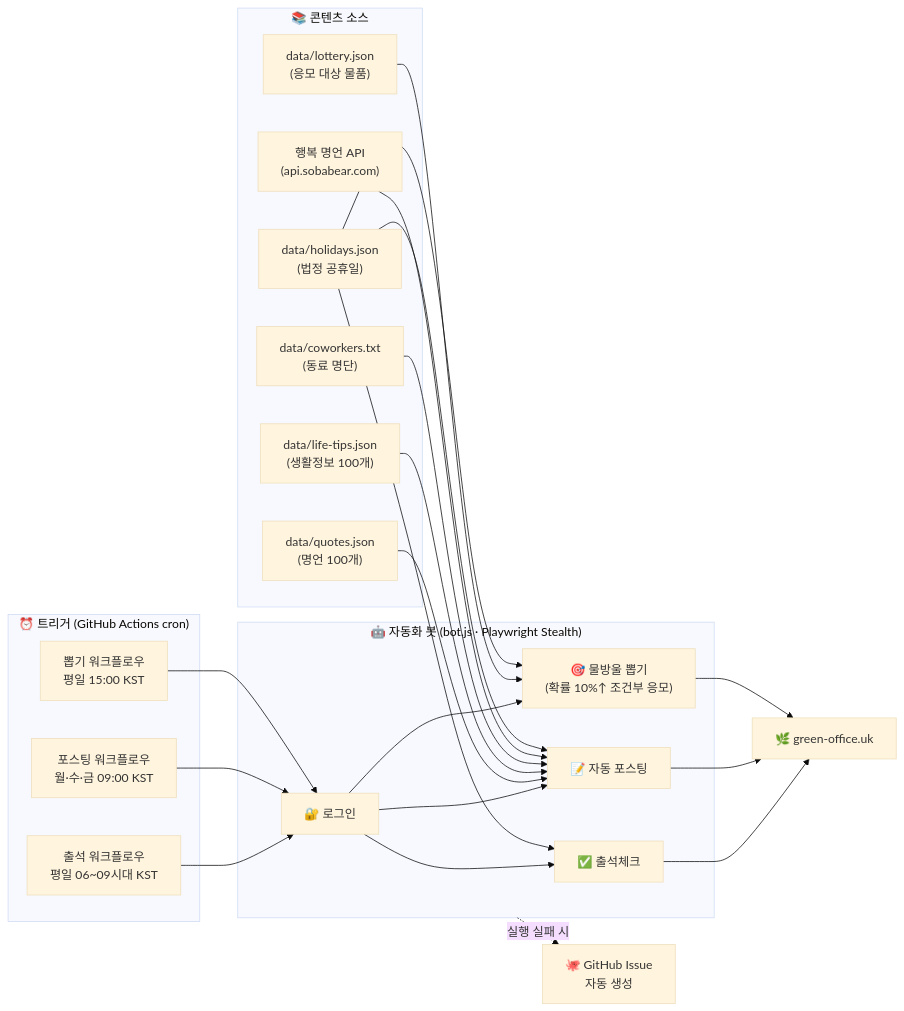
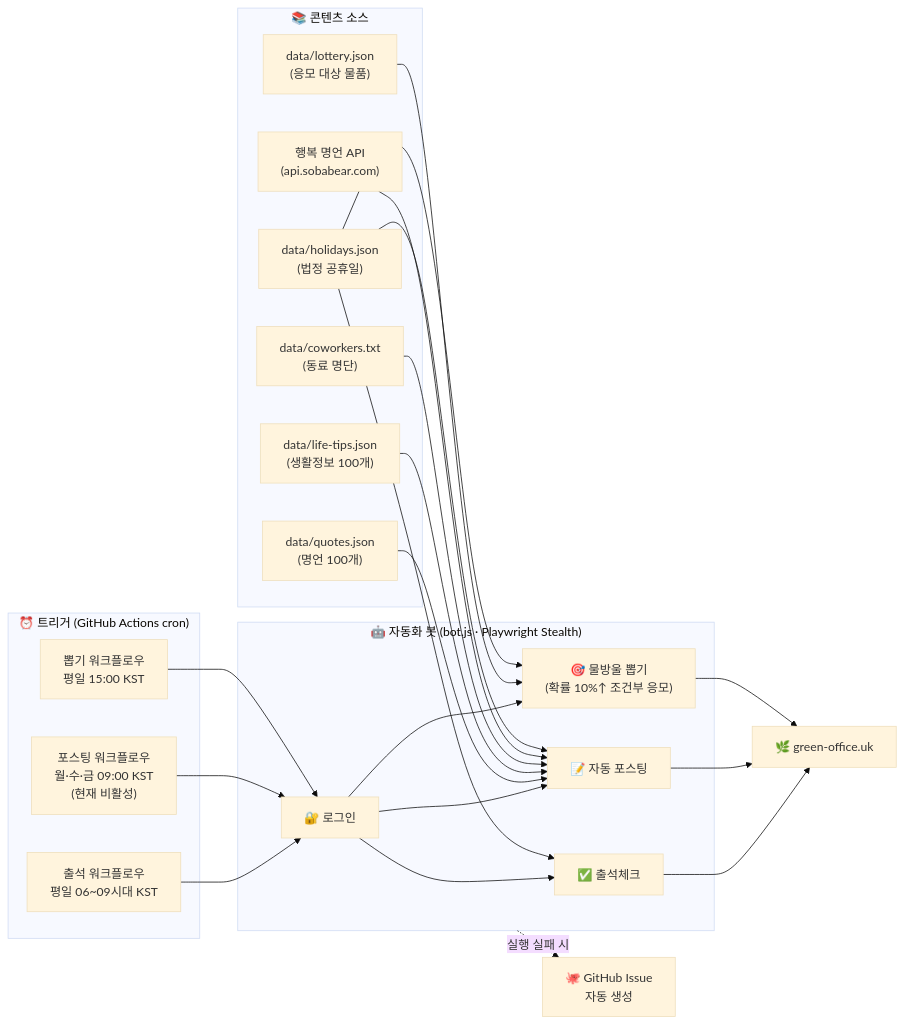
One commit to leemgs/green-office-agent changed the first of 3 diagrams in README.md. Above: the diagram before and after it, drawn with Mermaid (base theme). The commit also changed other lines of this file and 1 other file, not shown here.

First line of the commit message:
chore: 출석·뽑기만 자동 실행하고 동료 칭찬 포스팅 워크플로우 비활성화

````diff
--- a/README.md
+++ b/README.md
@@ -11,46 +11,46 @@
 ```mermaid
 flowchart LR
     subgraph TRIGGER["⏰ 트리거 (GitHub Actions cron)"]
         A1["출석 워크플로우<br/>평일 06~09시대 KST"]
-        A2["포스팅 워크플로우<br/>월·수·금 09:00 KST"]
+        A2["포스팅 워크플로우<br/>월·수·금 09:00 KST<br/>(현재 비활성)"]
         A3["뽑기 워크플로우<br/>평일 15:00 KST"]
     end
 
     subgraph SRC["📚 콘텐츠 소스"]
         Q["data/quotes.json<br/>(명언 100개)"]
         L["data/life-tips.json<br/>(생활정보 100개)"]
         C["data/coworkers.txt<br/>(동료 명단)"]
         LOT["data/lottery.json<br/>(응모 대상 물품)"]
         HOL["data/holidays.json<br/>(법정 공휴일)"]
         API["행복 명언 API<br/>(api.sobabear.com)"]
     end
 
     subgraph BOT["🤖 자동화 봇 (bot.js · Playwright Stealth)"]
         LOGIN["🔐 로그인"]
         ATT["✅ 출석체크"]
         POST["📝 자동 포스팅"]
         LOTTERY["🎯 물방울 뽑기<br/>(확률 10%↑ 조건부 응모)"]
         LOGIN --> ATT
         LOGIN --> POST
         LOGIN --> LOTTERY
     end
 
     SITE["🌿 green-office.uk"]
     ISSUE["🐙 GitHub Issue<br/>자동 생성"]
 
     A1 --> LOGIN
     A2 --> LOGIN
     A3 --> LOGIN
     Q --> POST
     L --> POST
     C --> POST
     API --> POST
     LOT --> LOTTERY
     HOL --> ATT
     HOL --> LOTTERY
     HOL --> POST
     ATT --> SITE
     POST --> SITE
     LOTTERY --> SITE
     BOT -. 실행 실패 시 .-> ISSUE
 ```
````
